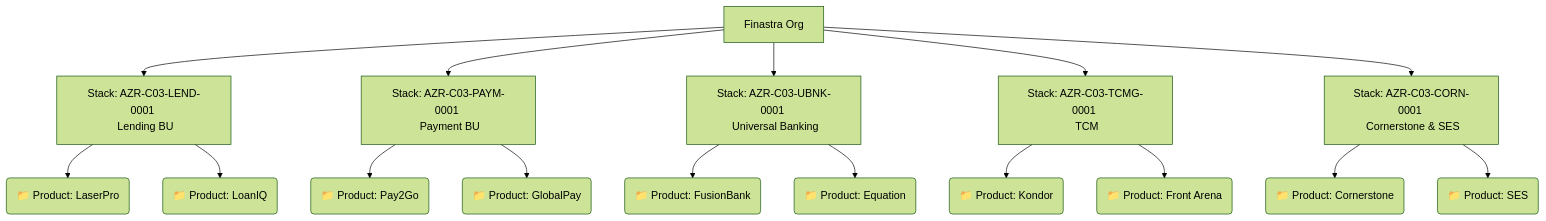
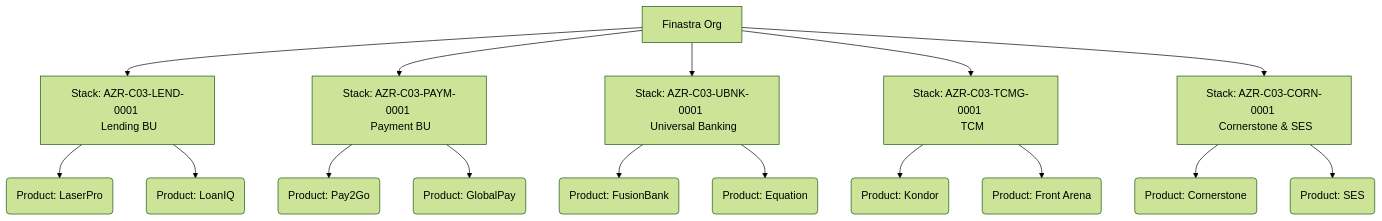
Before and after one commit to paragvyas65/testing: the second of 5 diagrams in 006-grafana-cloud-bu-aligned-org-structure.md, drawn with Mermaid (forest theme).

Commit message:
Shift to BU-aligned stack model for Grafana Cloud
Revise the Grafana Cloud stack management framework to transition from a per-Product model to a Business Unit aligned model, enhancing operational efficiency and governance.

````diff
--- a/006-grafana-cloud-bu-aligned-org-structure.md
+++ b/006-grafana-cloud-bu-aligned-org-structure.md
@@ -154,23 +154,23 @@
 ```mermaid
 graph TD
     A[Finastra Org] --> B[Stack: AZR-C03-LEND-0001 <br> Lending BU]
     A --> C[Stack: AZR-C03-PAYM-0001 <br> Payment BU]
     A --> D[Stack: AZR-C03-UBNK-0001 <br> Universal Banking]
     A --> E[Stack: AZR-C03-TCMG-0001 <br> TCM]
     A --> F[Stack: AZR-C03-CORN-0001 <br> Cornerstone & SES]
     
-    B --> B1(📁 Product: LaserPro)
-    B --> B2(📁 Product: LoanIQ)
+    B --> B1(Product: LaserPro)
+    B --> B2(Product: LoanIQ)
     
-    C --> C1(📁 Product: Pay2Go)
-    C --> C2(📁 Product: GlobalPay)
+    C --> C1(Product: Pay2Go)
+    C --> C2(Product: GlobalPay)
     
-    D --> D1(📁 Product: FusionBank)
-    D --> D2(📁 Product: Equation)
+    D --> D1(Product: FusionBank)
+    D --> D2(Product: Equation)
     
-    E --> E1(📁 Product: Kondor)
-    E --> E2(📁 Product: Front Arena)
+    E --> E1(Product: Kondor)
+    E --> E2(Product: Front Arena)
     
-    F --> F1(📁 Product: Cornerstone)
-    F --> F2(📁 Product: SES)
+    F --> F1(Product: Cornerstone)
+    F --> F2(Product: SES)
 ```
````
